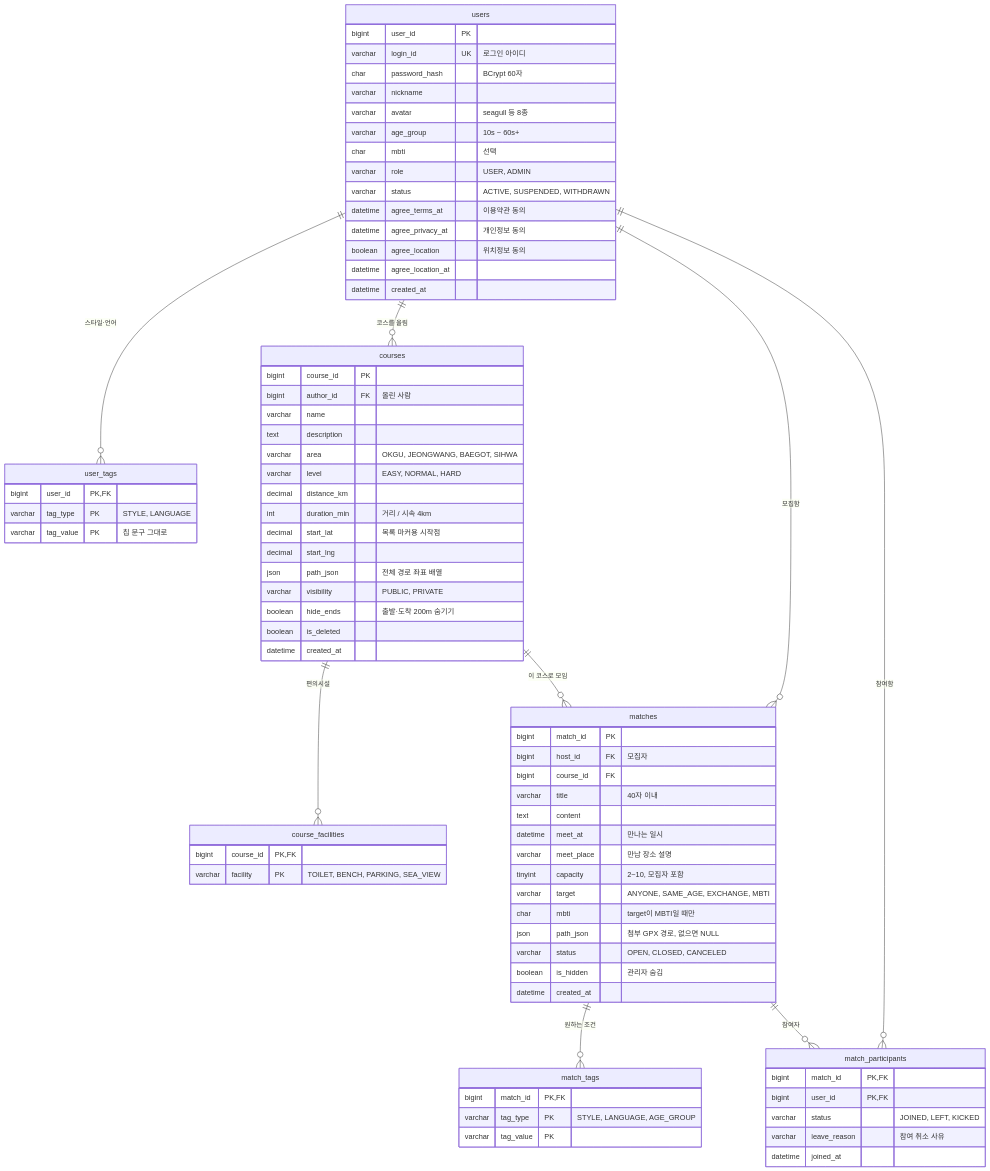
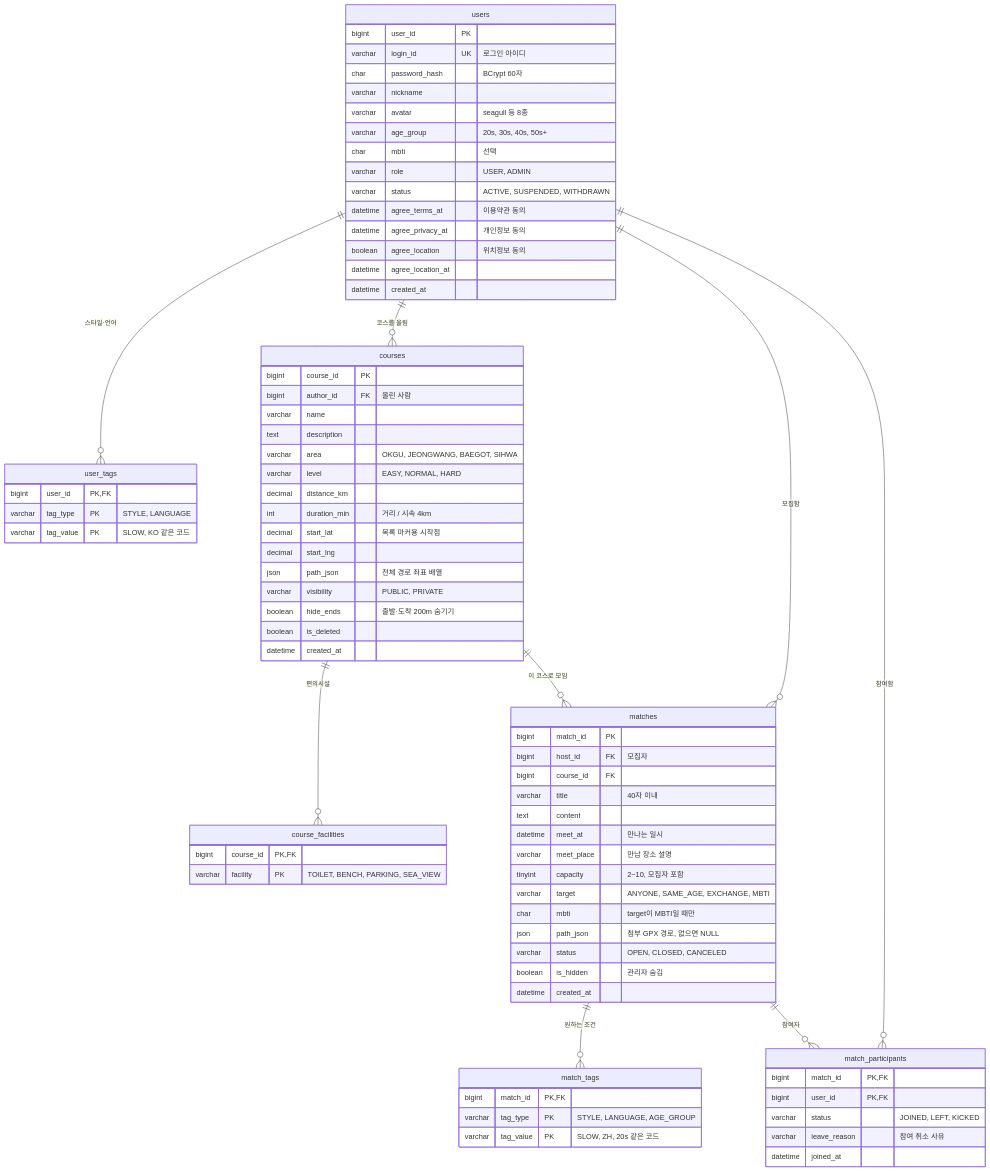
Before and after one commit to AnemoneCoronaria/Team_walk: the diagram in docs/images/erd.mmd, drawn with Mermaid. The commit also changed 5 other files, not shown here.

```diff
--- a/docs/images/erd.mmd
+++ b/docs/images/erd.mmd
@@ -1,80 +1,80 @@
 erDiagram
     users ||--o{ user_tags : "스타일·언어"
     users ||--o{ courses : "코스를 올림"
     courses ||--o{ course_facilities : "편의시설"
     users ||--o{ matches : "모집함"
     courses ||--o{ matches : "이 코스로 모임"
     matches ||--o{ match_tags : "원하는 조건"
     matches ||--o{ match_participants : "참여자"
     users ||--o{ match_participants : "참여함"
 
     users {
         bigint user_id PK
         varchar login_id UK "로그인 아이디"
         char password_hash "BCrypt 60자"
         varchar nickname
         varchar avatar "seagull 등 8종"
-        varchar age_group "10s ~ 60s+"
+        varchar age_group "20s, 30s, 40s, 50s+"
         char mbti "선택"
         varchar role "USER, ADMIN"
         varchar status "ACTIVE, SUSPENDED, WITHDRAWN"
         datetime agree_terms_at "이용약관 동의"
         datetime agree_privacy_at "개인정보 동의"
         boolean agree_location "위치정보 동의"
         datetime agree_location_at
         datetime created_at
     }
     user_tags {
         bigint user_id PK, FK
         varchar tag_type PK "STYLE, LANGUAGE"
-        varchar tag_value PK "칩 문구 그대로"
+        varchar tag_value PK "SLOW, KO 같은 코드"
     }
     courses {
         bigint course_id PK
         bigint author_id FK "올린 사람"
         varchar name
         text description
         varchar area "OKGU, JEONGWANG, BAEGOT, SIHWA"
         varchar level "EASY, NORMAL, HARD"
         decimal distance_km
         int duration_min "거리 / 시속 4km"
         decimal start_lat "목록 마커용 시작점"
         decimal start_lng
         json path_json "전체 경로 좌표 배열"
         varchar visibility "PUBLIC, PRIVATE"
         boolean hide_ends "출발·도착 200m 숨기기"
         boolean is_deleted
         datetime created_at
     }
     course_facilities {
         bigint course_id PK, FK
         varchar facility PK "TOILET, BENCH, PARKING, SEA_VIEW"
     }
     matches {
         bigint match_id PK
         bigint host_id FK "모집자"
         bigint course_id FK
         varchar title "40자 이내"
         text content
         datetime meet_at "만나는 일시"
         varchar meet_place "만남 장소 설명"
         tinyint capacity "2~10, 모집자 포함"
         varchar target "ANYONE, SAME_AGE, EXCHANGE, MBTI"
         char mbti "target이 MBTI일 때만"
         json path_json "첨부 GPX 경로, 없으면 NULL"
         varchar status "OPEN, CLOSED, CANCELED"
         boolean is_hidden "관리자 숨김"
         datetime created_at
     }
     match_tags {
         bigint match_id PK, FK
         varchar tag_type PK "STYLE, LANGUAGE, AGE_GROUP"
-        varchar tag_value PK
+        varchar tag_value PK "SLOW, ZH, 20s 같은 코드"
     }
     match_participants {
         bigint match_id PK, FK
         bigint user_id PK, FK
         varchar status "JOINED, LEFT, KICKED"
         varchar leave_reason "참여 취소 사유"
         datetime joined_at
     }
```
